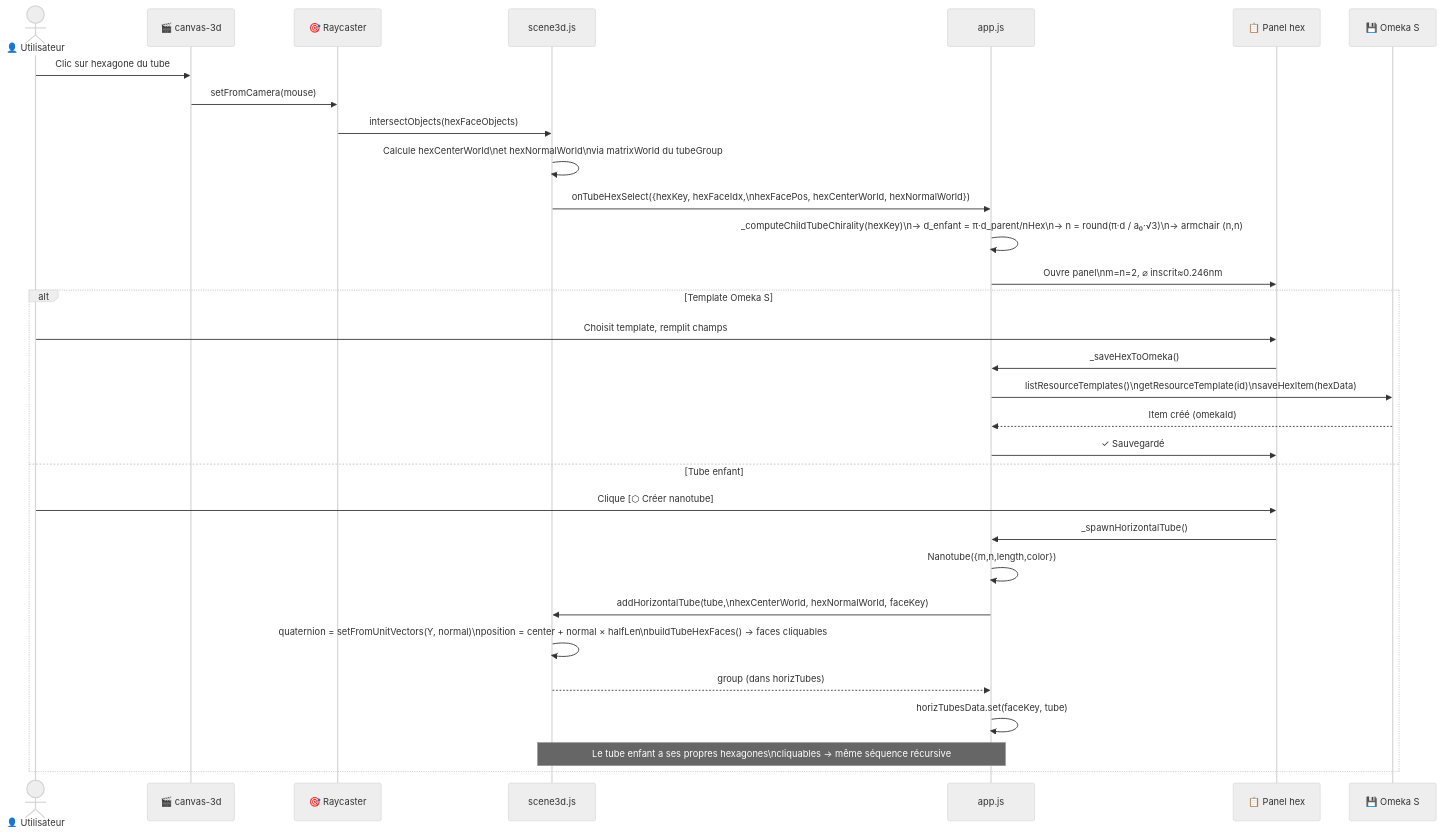
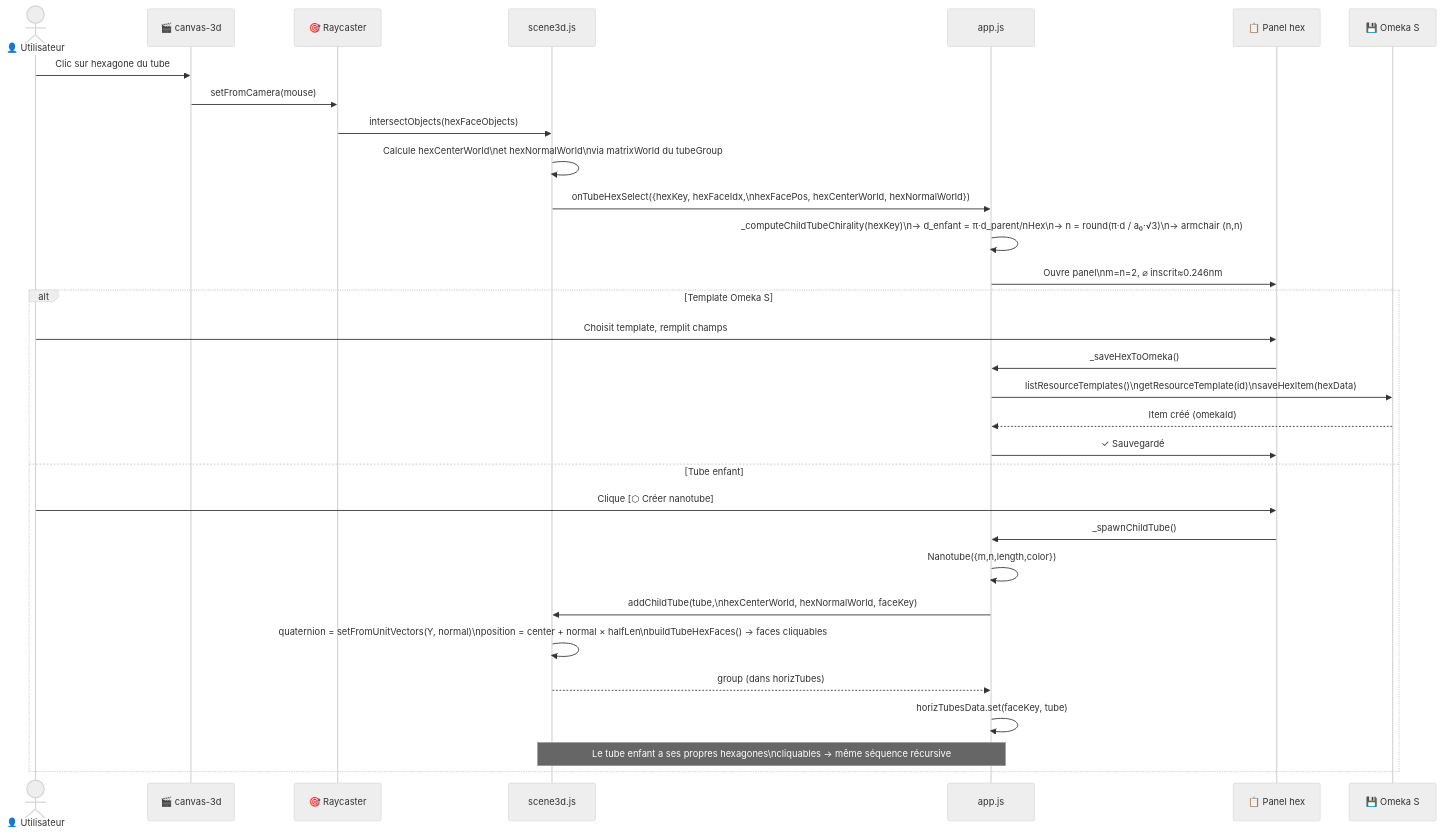
Diagram 11 of 13 in docs/DIAGRAMS.md (samszo/nanoTubeStory), drawn with Mermaid (neutral theme) before and after one commit. The commit also changed other lines of this file and 6 other files, not shown here.

````diff
--- a/docs/DIAGRAMS.md
+++ b/docs/DIAGRAMS.md
@@ -532,39 +532,39 @@
 ```mermaid
 sequenceDiagram
     actor User as 👤 Utilisateur
     participant Canvas as 🎬 canvas-3d
     participant Raycaster as 🎯 Raycaster
     participant Scene as scene3d.js
     participant App as app.js
     participant Panel as 📋 Panel hex
     participant Omeka as 💾 Omeka S
 
     User->>Canvas: Clic sur hexagone du tube
 
     Canvas->>Raycaster: setFromCamera(mouse)
     Raycaster->>Scene: intersectObjects(hexFaceObjects)
     Scene->>Scene: Calcule hexCenterWorld\net hexNormalWorld\nvia matrixWorld du tubeGroup
 
     Scene->>App: onTubeHexSelect({hexKey, hexFaceIdx,\nhexFacePos, hexCenterWorld, hexNormalWorld})
 
     App->>App: _computeChildTubeChirality(hexKey)\n→ d_enfant = π·d_parent/nHex\n→ n = round(π·d / a₀·√3)\n→ armchair (n,n)
 
     App->>Panel: Ouvre panel\nm=n=2, ⌀ inscrit≈0.246nm
 
     alt Template Omeka S
         User->>Panel: Choisit template, remplit champs
         Panel->>App: _saveHexToOmeka()
         App->>Omeka: listResourceTemplates()\ngetResourceTemplate(id)\nsaveHexItem(hexData)
         Omeka-->>App: Item créé (omekaId)
         App->>Panel: ✓ Sauvegardé #99
     else Tube enfant
         User->>Panel: Clique [⬡ Créer nanotube]
-        Panel->>App: _spawnHorizontalTube()
+        Panel->>App: _spawnChildTube()
         App->>App: Nanotube({m,n,length,color})
-        App->>Scene: addHorizontalTube(tube,\nhexCenterWorld, hexNormalWorld, faceKey)
+        App->>Scene: addChildTube(tube,\nhexCenterWorld, hexNormalWorld, faceKey)
         Scene->>Scene: quaternion = setFromUnitVectors(Y, normal)\nposition = center + normal × halfLen\nbuildTubeHexFaces() → faces cliquables
         Scene-->>App: group (dans horizTubes)
         App->>App: horizTubesData.set(faceKey, tube)
         Note over App,Scene: Le tube enfant a ses propres hexagones\ncliquables → même séquence récursive
     end
 ```
````
